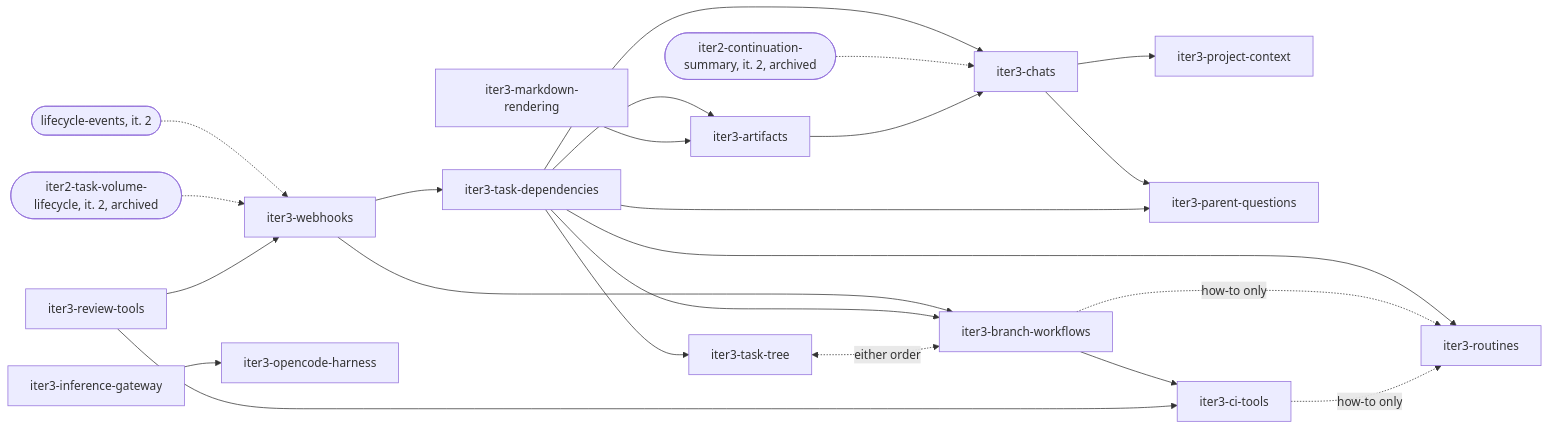
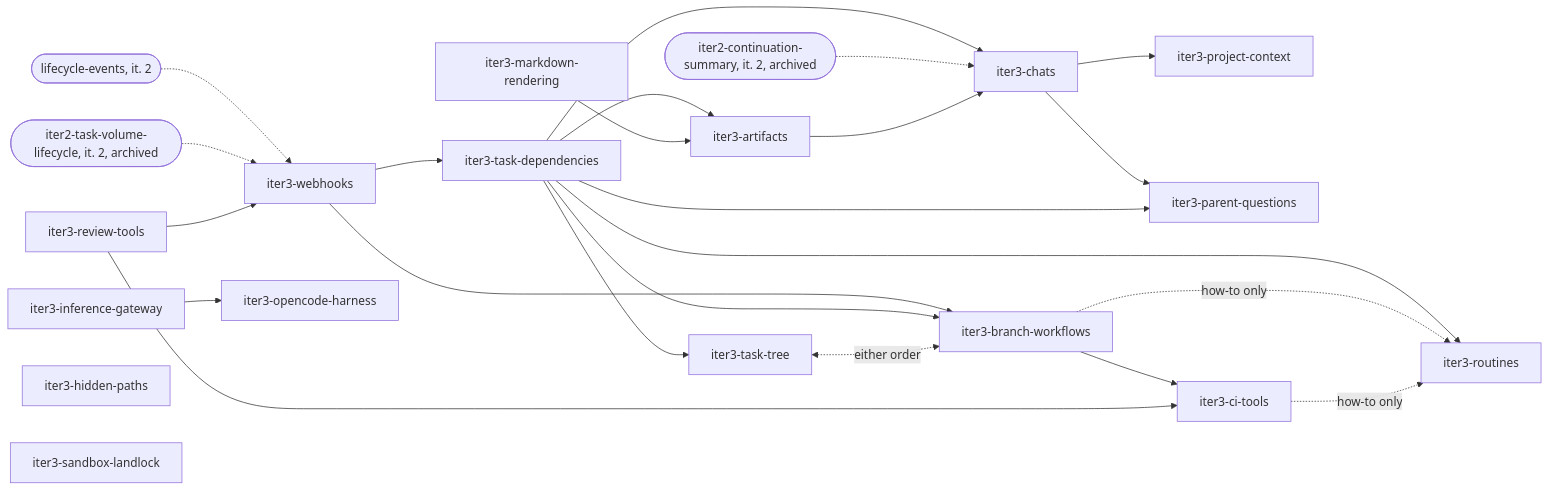
Before and after one commit to prskr/dark-factory: the diagram in product/iterations/iteration-3.md, drawn with Mermaid. The commit also changed other lines of this file and 20 other files, not shown here.

First line of the commit message:
docs(openspec): propose iter3-hidden-paths and iter3-sandbox-landlock

````diff
--- a/product/iterations/iteration-3.md
+++ b/product/iterations/iteration-3.md
@@ -35,25 +37,27 @@
 ```mermaid
 flowchart LR
   LE([lifecycle-events, it. 2]) -.-> WH
   TV([iter2-task-volume-lifecycle, it. 2, archived]) -.-> WH
   RT[iter3-review-tools] --> WH[iter3-webhooks]
   WH --> TD[iter3-task-dependencies]
   TD --> CH[iter3-chats]
   CS([iter2-continuation-summary, it. 2, archived]) -.-> CH
   CH --> PC[iter3-project-context]
   CH --> PQ[iter3-parent-questions]
   TD --> PQ
   TD --> TT[iter3-task-tree]
   TD --> AR[iter3-artifacts]
   AR --> CH
   MR[iter3-markdown-rendering] --> AR
   WH --> BW[iter3-branch-workflows]
   TD --> BW
   BW --> CI[iter3-ci-tools]
   RT --> CI
   TD --> RO[iter3-routines]
   BW -.->|how-to only| RO
   CI -.->|how-to only| RO
   TT <-.->|either order| BW
   IG[iter3-inference-gateway] --> OC[iter3-opencode-harness]
+  HP[iter3-hidden-paths]
+  SL[iter3-sandbox-landlock]
 ```
````
